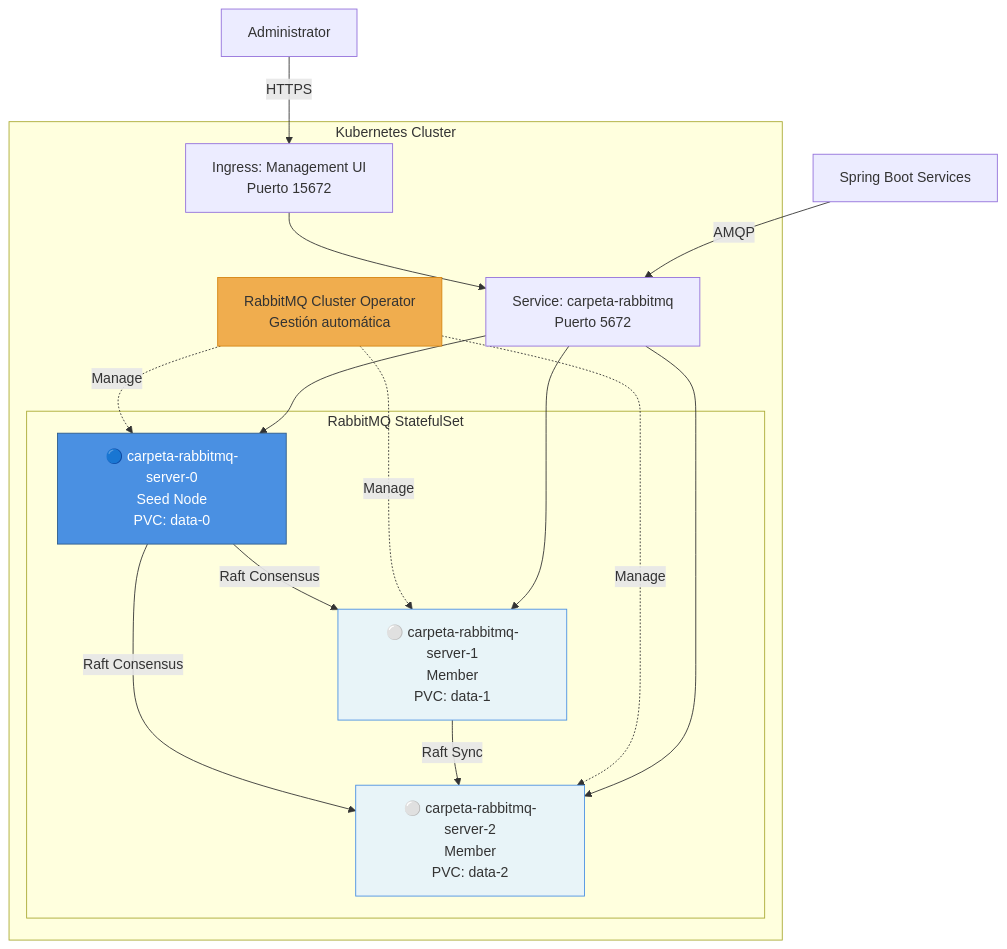
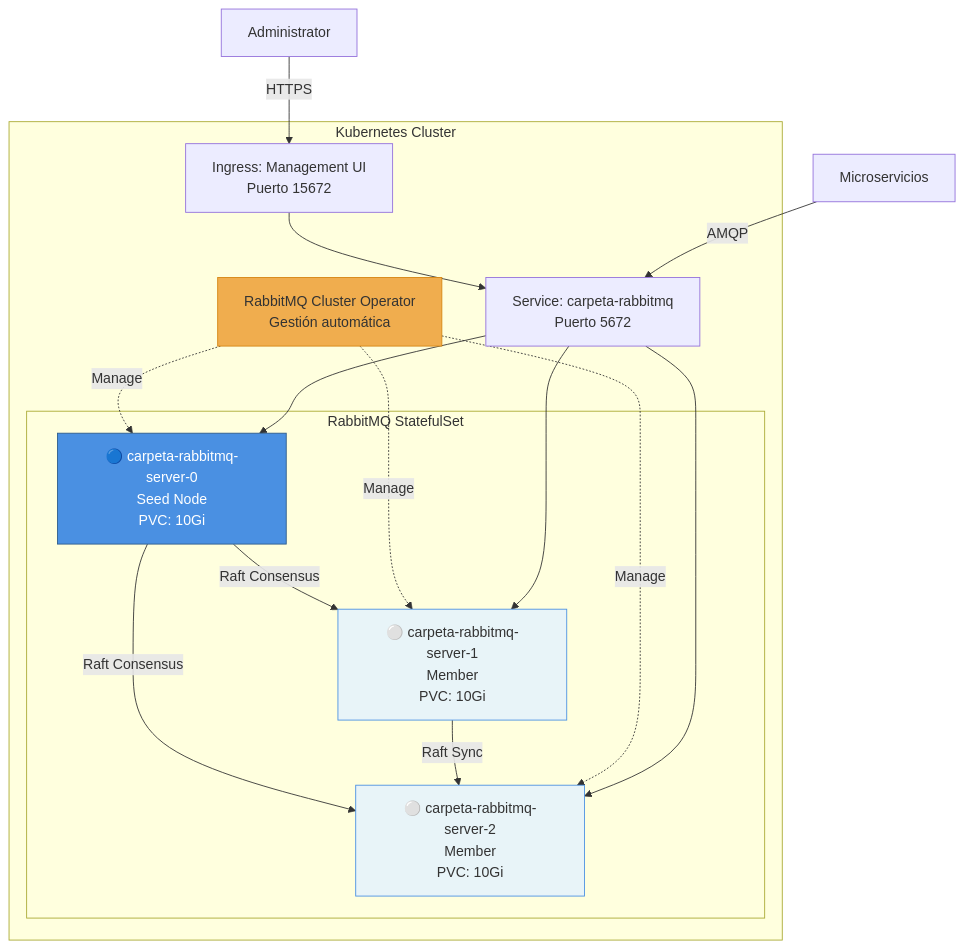
One commit to edwaraco/carpetaCiudadana changed the diagram in services/rabbitmq-service/README.md. Above: the diagram before and after it, drawn with Mermaid. The commit also changed other lines of this file and 14 other files, not shown here.

````diff
--- a/services/rabbitmq-service/README.md
+++ b/services/rabbitmq-service/README.md
@@ -17,36 +39,36 @@
 ```mermaid
 graph TB
     subgraph "Kubernetes Cluster"
         subgraph "RabbitMQ StatefulSet"
-            Node0["🔵 carpeta-rabbitmq-server-0<br/>Seed Node<br/>PVC: data-0"]
-            Node1["⚪ carpeta-rabbitmq-server-1<br/>Member<br/>PVC: data-1"]
-            Node2["⚪ carpeta-rabbitmq-server-2<br/>Member<br/>PVC: data-2"]
+            Node0["🔵 carpeta-rabbitmq-server-0<br/>Seed Node<br/>PVC: 10Gi"]
+            Node1["⚪ carpeta-rabbitmq-server-1<br/>Member<br/>PVC: 10Gi"]
+            Node2["⚪ carpeta-rabbitmq-server-2<br/>Member<br/>PVC: 10Gi"]
         end
         
         Operator["RabbitMQ Cluster Operator<br/>Gestión automática"]
         Service["Service: carpeta-rabbitmq<br/>Puerto 5672"]
         Ingress["Ingress: Management UI<br/>Puerto 15672"]
     end
     
     Node0 -->|Raft Consensus| Node1
     Node0 -->|Raft Consensus| Node2
     Node1 -->|Raft Sync| Node2
     
     Operator -.->|Manage| Node0
     Operator -.->|Manage| Node1
     Operator -.->|Manage| Node2
     
     Service --> Node0
     Service --> Node1
     Service --> Node2
     
     Ingress --> Service
     
-    Apps[Spring Boot Services] -->|AMQP| Service
+    Apps[Microservicios] -->|AMQP| Service
     Admin[Administrator] -->|HTTPS| Ingress
     
     style Node0 fill:#4a90e2,stroke:#2e5c8a,color:#fff
     style Node1 fill:#e8f4f8,stroke:#4a90e2
     style Node2 fill:#e8f4f8,stroke:#4a90e2
     style Operator fill:#f0ad4e,stroke:#d58512
 ```
````
